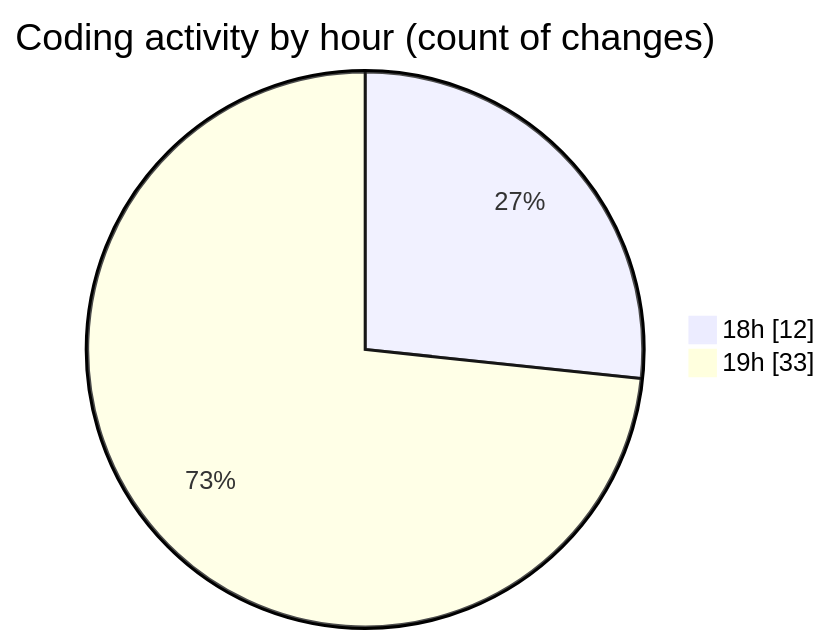
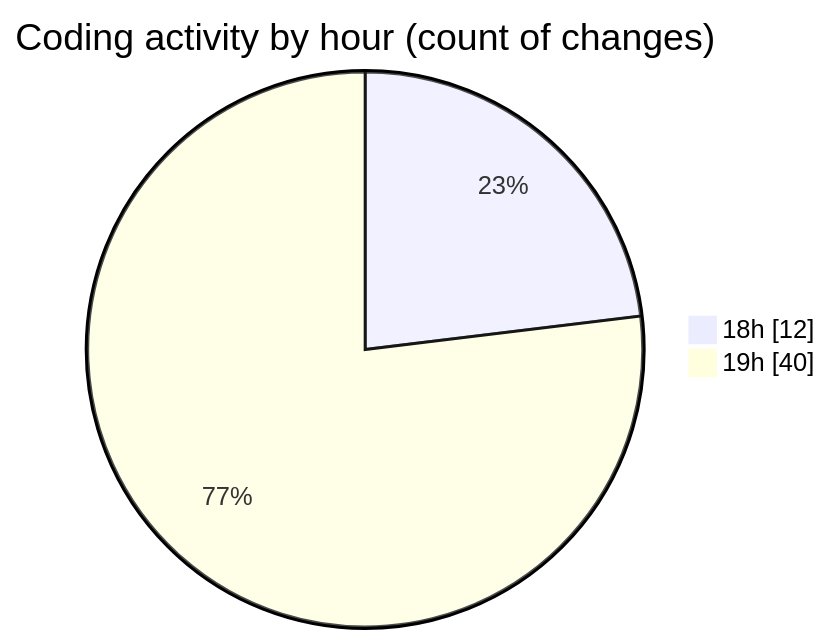
One commit to MatusMokan/code-tracking changed the second of 2 diagrams in 2025-03-14/myws__workspace_/README.md. Above: the diagram before and after it, drawn with Mermaid. The commit also changed other lines of this file and 1 other file, not shown here.

````diff
--- a/2025-03-14/myws__workspace_/README.md
+++ b/2025-03-14/myws__workspace_/README.md
@@ -30,6 +30,6 @@
 ```mermaid
 pie showData
 title Coding activity by hour (count of changes)
 "18h" : 12
-"19h" : 33
+"19h" : 40
 ```
````
